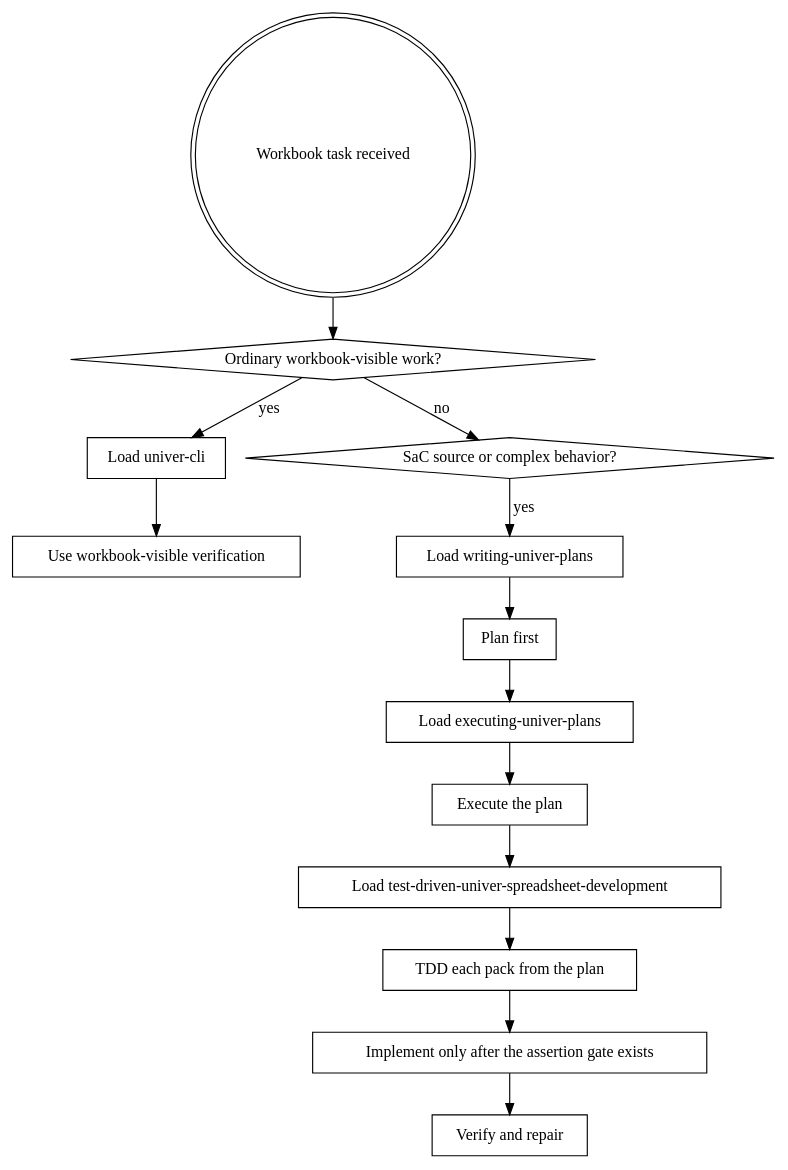
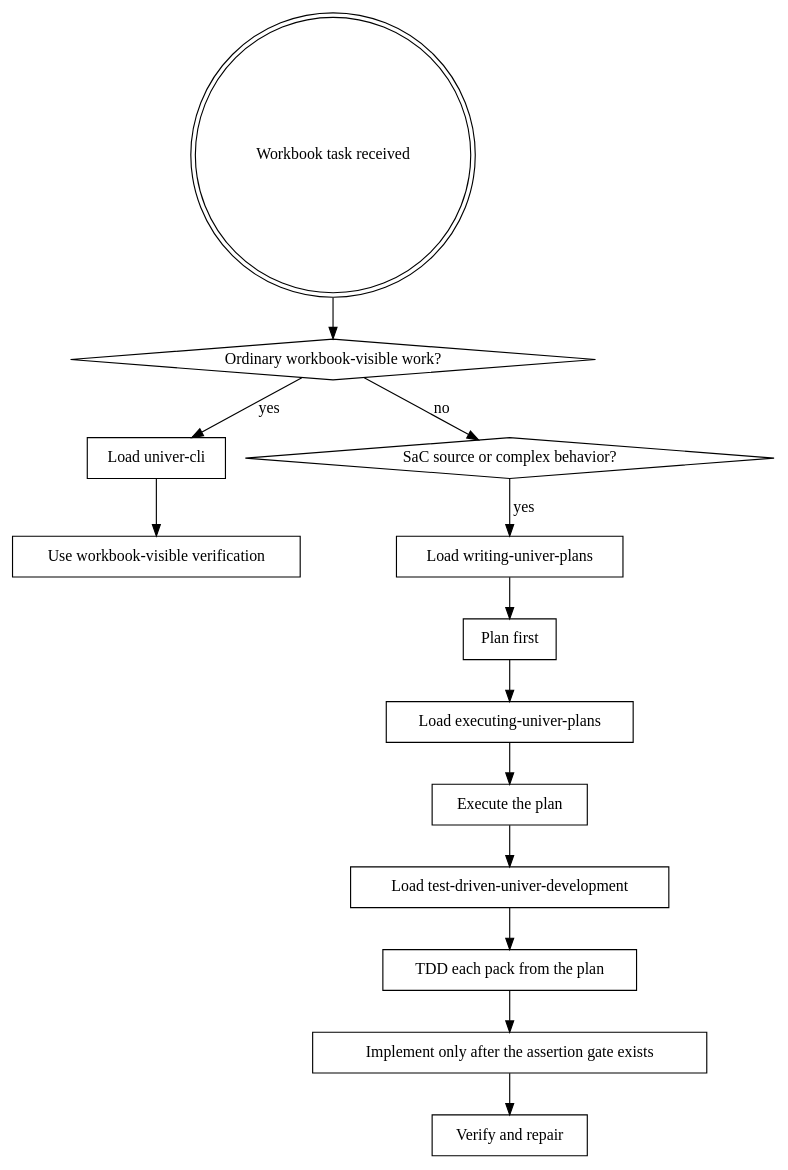
Before and after one commit to dream-num/skills: the diagram in skills/using-univer-cli/SKILL.md, drawn with Graphviz. The commit also changed other lines of this file and 5 other files, not shown here.

Commit message:
Rename Univer TDD skill

````diff
--- a/skills/using-univer-cli/SKILL.md
+++ b/skills/using-univer-cli/SKILL.md
@@ -23,30 +23,30 @@
 ```dot
 digraph using_univer_cli {
     "Workbook task received" [shape=doublecircle];
     "Ordinary workbook-visible work?" [shape=diamond];
     "Load univer-cli" [shape=box];
     "Use workbook-visible verification" [shape=box];
     "SaC source or complex behavior?" [shape=diamond];
     "Load writing-univer-plans" [shape=box];
     "Plan first" [shape=box];
     "Load executing-univer-plans" [shape=box];
     "Execute the plan" [shape=box];
-    "Load test-driven-univer-spreadsheet-development" [shape=box];
+    "Load test-driven-univer-development" [shape=box];
     "TDD each pack from the plan" [shape=box];
     "Implement only after the assertion gate exists" [shape=box];
     "Verify and repair" [shape=box];
 
     "Workbook task received" -> "Ordinary workbook-visible work?";
     "Ordinary workbook-visible work?" -> "Load univer-cli" [label="yes"];
     "Load univer-cli" -> "Use workbook-visible verification";
     "Ordinary workbook-visible work?" -> "SaC source or complex behavior?" [label="no"];
     "SaC source or complex behavior?" -> "Load writing-univer-plans" [label="yes"];
     "Load writing-univer-plans" -> "Plan first";
     "Plan first" -> "Load executing-univer-plans";
     "Load executing-univer-plans" -> "Execute the plan";
-    "Execute the plan" -> "Load test-driven-univer-spreadsheet-development";
-    "Load test-driven-univer-spreadsheet-development" -> "TDD each pack from the plan";
+    "Execute the plan" -> "Load test-driven-univer-development";
+    "Load test-driven-univer-development" -> "TDD each pack from the plan";
     "TDD each pack from the plan" -> "Implement only after the assertion gate exists";
     "Implement only after the assertion gate exists" -> "Verify and repair";
 }
 ```
````
